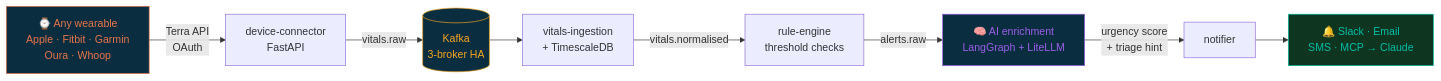
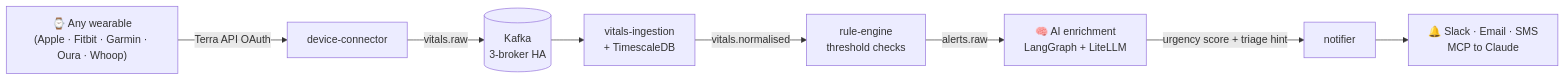
One commit to adeolu-rabiu/cairn changed the diagram in README.md. Above: the diagram before and after it, drawn with Mermaid. The commit also changed other lines of this file and 3 other files, not shown here.

````diff
--- a/README.md
+++ b/README.md
@@ -42,15 +42,16 @@
 ```mermaid
 flowchart LR
-    A["⌚ Any wearable\nApple · Fitbit · Garmin\nOura · Whoop"] -->|"Terra API\nOAuth"| B["device-connector\nFastAPI"]
-    B -->|vitals.raw| C[("Kafka\n3-broker HA")]
-    C --> D["vitals-ingestion\n+ TimescaleDB"]
-    D -->|vitals.normalised| E["rule-engine\nthreshold checks"]
-    E -->|alerts.raw| F["🧠 AI enrichment\nLangGraph + LiteLLM"]
-    F -->|"urgency score\n+ triage hint"| G["notifier"]
-    G --> H["🔔 Slack · Email\nSMS · MCP → Claude"]
-
-    style A fill:#0A2D3F,stroke:#E8754A,color:#E8754A
-    style C fill:#0A2D3F,stroke:#F5A623,color:#F5A623
-    style F fill:#0A2D3F,stroke:#9C5FE8,color:#9C5FE8
-    style H fill:#0D3520,stroke:#00BFA5,color:#00BFA5
+    A["⌚ Any wearable
+(Apple · Fitbit · Garmin · Oura · Whoop)"] -->|Terra API OAuth| B[device-connector]
+    B -->|vitals.raw| C[(Kafka
+3-broker HA)]
+    C --> D[vitals-ingestion
++ TimescaleDB]
+    D -->|vitals.normalised| E[rule-engine
+threshold checks]
+    E -->|alerts.raw| F["🧠 AI enrichment
+LangGraph + LiteLLM"]
+    F -->|urgency score + triage hint| G[notifier]
+    G --> H["🔔 Slack · Email · SMS
+MCP to Claude"]
 ```
````
